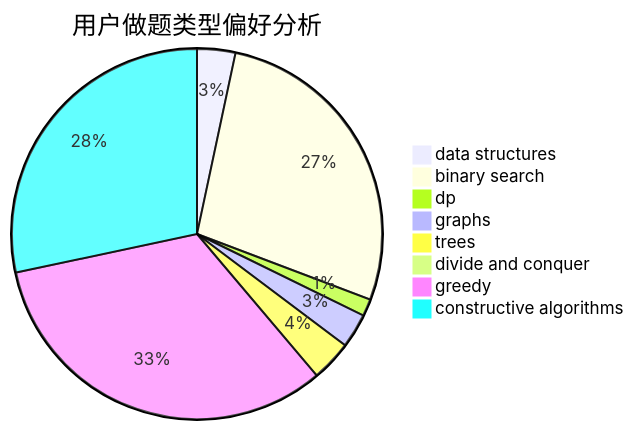
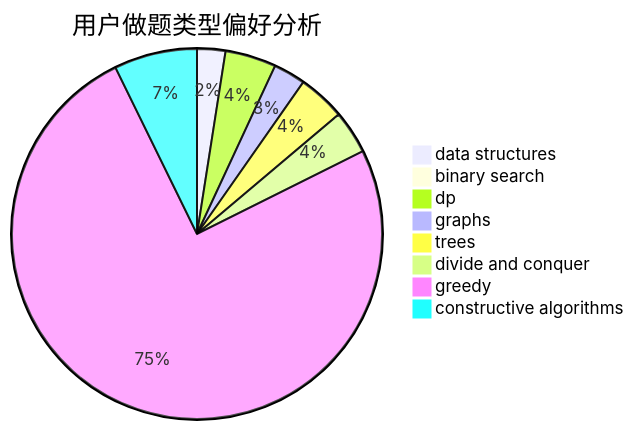
One commit to sherpahu/cfrs.github.io changed the second of 3 diagrams in docs/user/u1468.md. Above: the diagram before and after it, drawn with Mermaid. The commit also changed other lines of this file and 2770 other files, not shown here.

````diff
--- a/docs/user/u1468.md
+++ b/docs/user/u1468.md
@@ -23,11 +23,11 @@
 ```mermaid
 pie title 用户做题类型偏好分析
-    "data structures" :  29
-    "binary search" :  238
-    "dp" :  13
-    "graphs" :  26
-    "trees" :  31
-    "divide and conquer" :  0
-    "greedy" :  285
-    "constructive algorithms" :  246
+    "data structures" :  15
+    "binary search" :  3
+    "dp" :  27
+    "graphs" :  17
+    "trees" :  25
+    "divide and conquer" :  23
+    "greedy" :  456
+    "constructive algorithms" :  44
 ```
````
